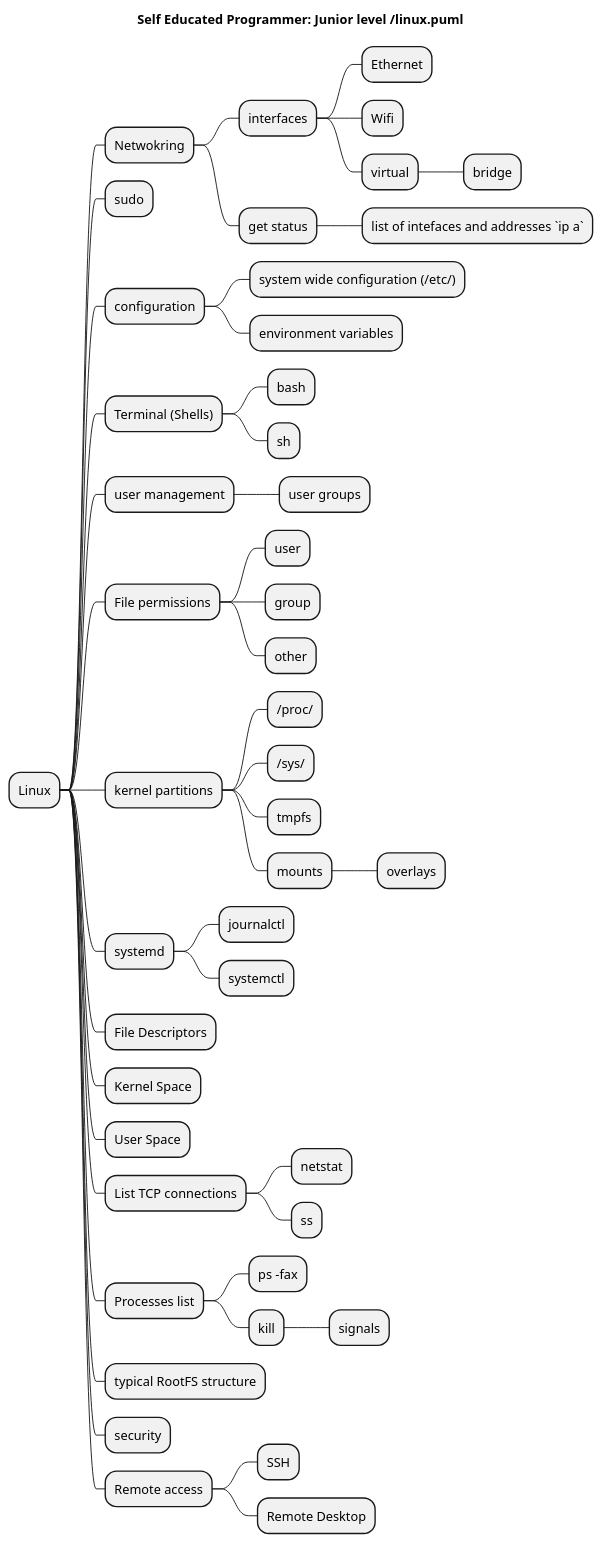
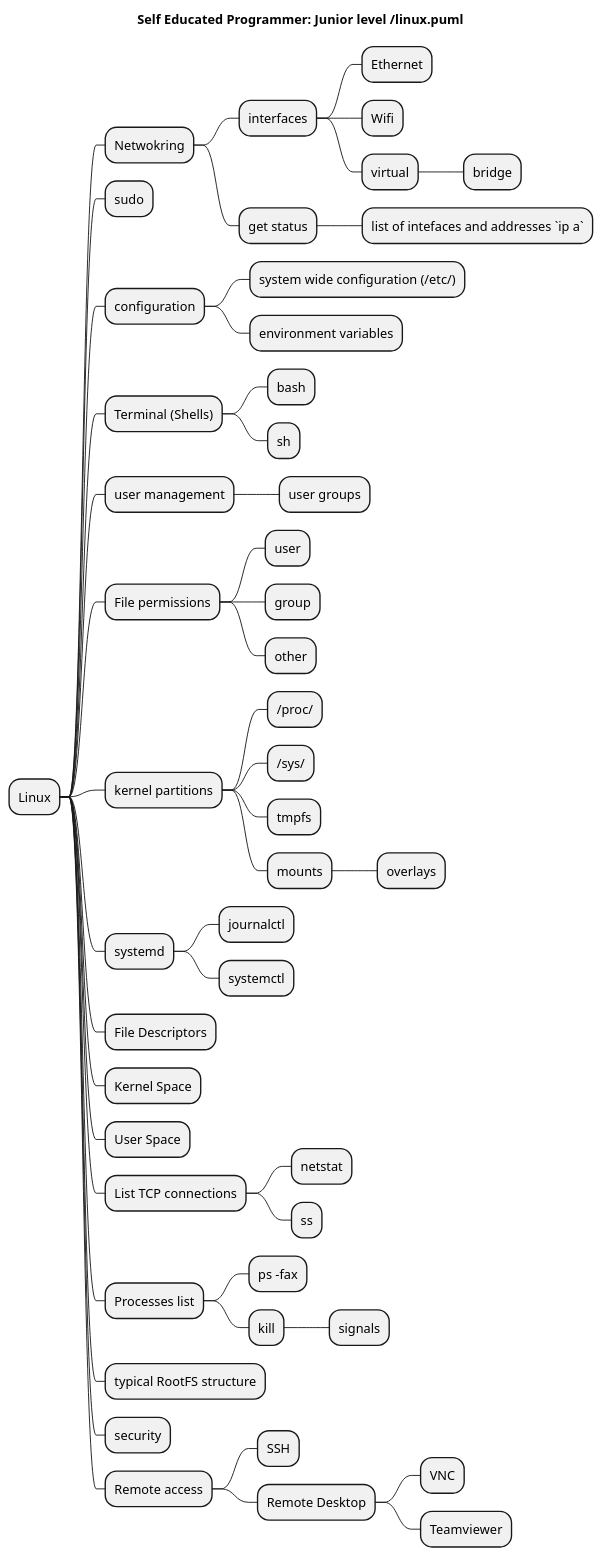
Before and after one commit to SmartSoftDev/self_educated_software_programmer_path: the diagram in linux.puml, drawn with PlantUML. The commit also changed 5 other files, not shown here.

```diff
--- a/linux.puml
+++ b/linux.puml
@@ -1,53 +1,55 @@
 @startmindmap
 title Self Educated Programmer: Junior level /linux.puml
 
 
 * Linux
 ** Netwokring
 *** interfaces
 **** Ethernet
 **** Wifi
 **** virtual
 ***** bridge
 *** get status
 **** list of intefaces and addresses `ip a`
 ** sudo
 ** configuration
 *** system wide configuration (/etc/)
 *** environment variables
 ** Terminal (Shells)
 *** bash
 *** sh
 ** user management
 *** user groups
 ** File permissions
 *** user
 *** group
 *** other
 ** kernel partitions
 *** /proc/
 *** /sys/
 *** tmpfs
 *** mounts
 **** overlays
 ** systemd
 *** journalctl
 *** systemctl
 ** File Descriptors
 ** Kernel Space
 ** User Space
 ** List TCP connections
 *** netstat
 *** ss
 ** Processes list
 *** ps -fax
 *** kill
 **** signals
 ** typical RootFS structure
 ** security
 ** Remote access
 *** SSH
 *** Remote Desktop
+**** VNC
+**** Teamviewer
 
 
 @endmindmap
```
